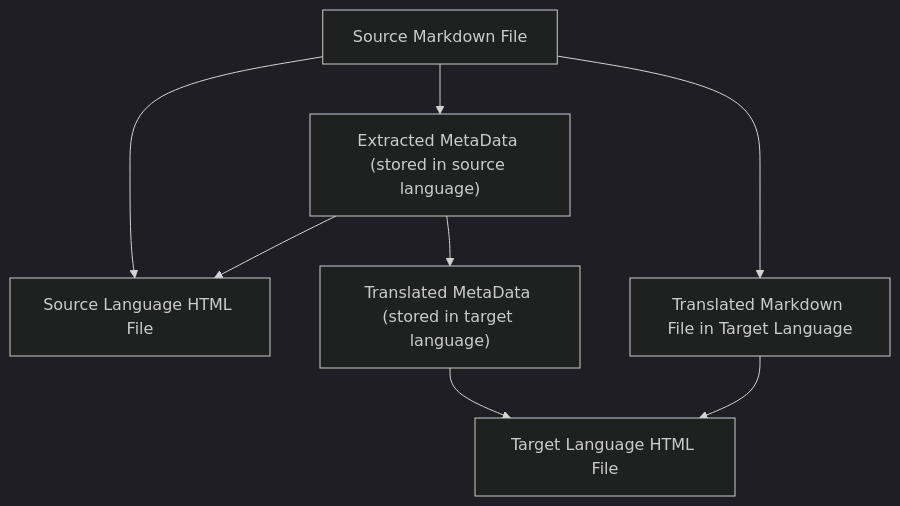
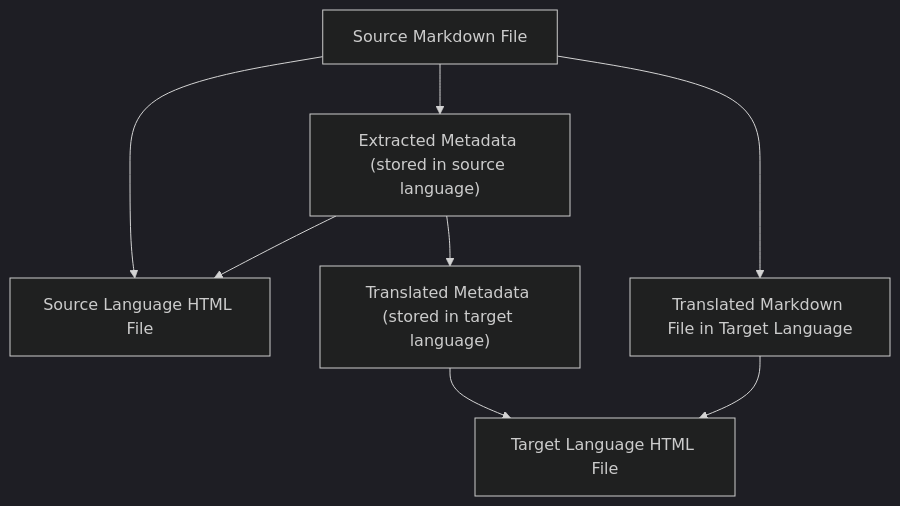
One commit to zccz14/README changed the diagram in .czon/src/en-US/LOGS/28.md. Above: the diagram before and after it, drawn with Mermaid (dark theme). The commit also changed other lines of this file and 293 other files, not shown here.

````diff
--- a/.czon/src/en-US/LOGS/28.md
+++ b/.czon/src/en-US/LOGS/28.md
@@ -45,10 +30,10 @@
 ```mermaid
 flowchart TD
-    A[Source Markdown File] --> B["Extracted MetaData (stored in source language)"]
+    A[Source Markdown File] --> B["Extracted Metadata (stored in source language)"]
     A --> F[Source Language HTML File]
     A --> C[Translated Markdown File in Target Language]
-    B --> D["Translated MetaData (stored in target language)"]
+    B --> D["Translated Metadata (stored in target language)"]
     D --> E
     C --> E[Target Language HTML File]
     B --> F
 ```
````
